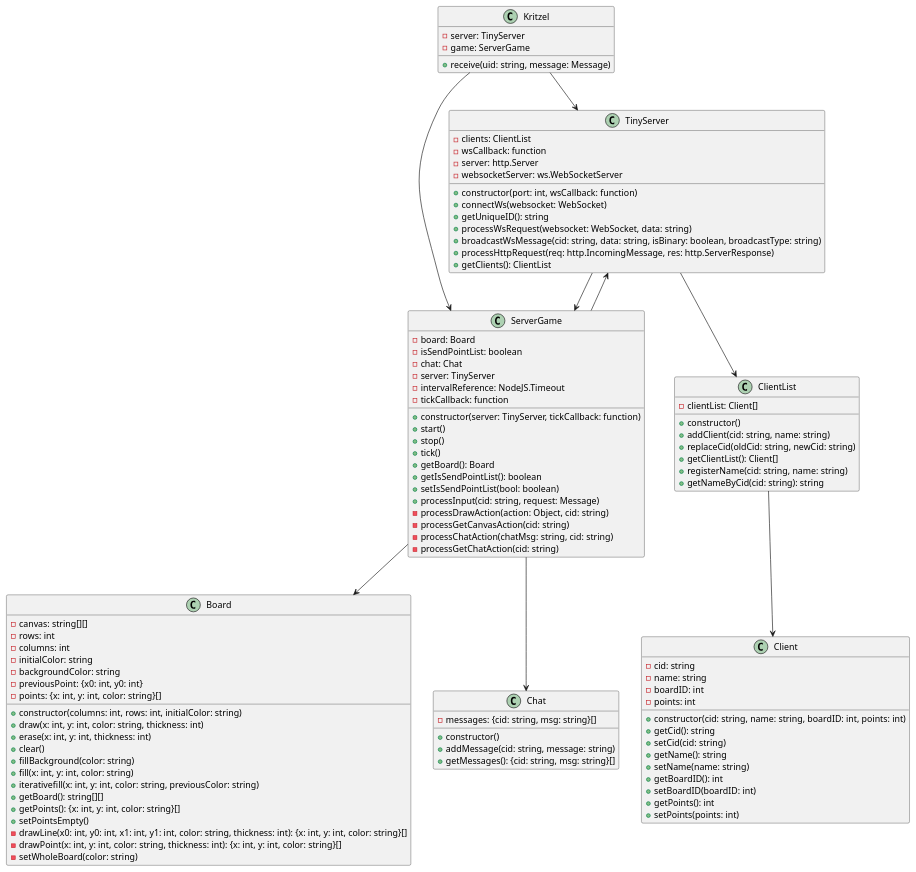
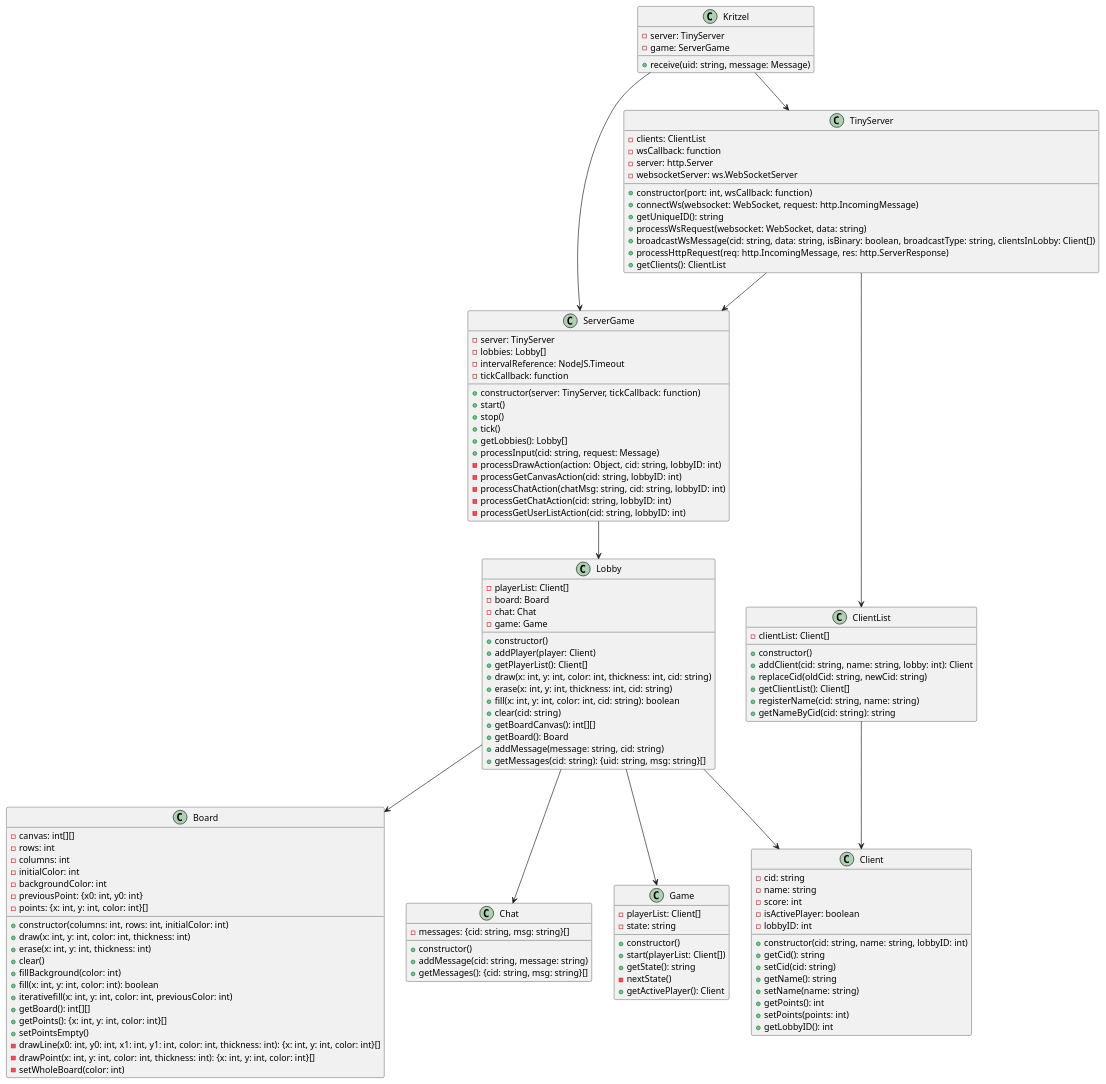
The diagram in docs/UML Diagramme/CDBackend.wsd (mhdbaselar/Kritzel), drawn with PlantUML before and after one commit.

Commit message:
Klassendiagramm Backend angepasst

```diff
--- a/docs/UML Diagramme/CDBackend.wsd
+++ b/docs/UML Diagramme/CDBackend.wsd
@@ -1,108 +1,135 @@
 @startuml CDBackend
 class Kritzel {
     - server: TinyServer
     - game: ServerGame
     + receive(uid: string, message: Message)
+}
 
-}
 class TinyServer {
     - clients: ClientList
     - wsCallback: function
     - server: http.Server
     - websocketServer: ws.WebSocketServer
     + constructor(port: int, wsCallback: function)
-    + connectWs(websocket: WebSocket)
+    + connectWs(websocket: WebSocket, request: http.IncomingMessage)
     + getUniqueID(): string
     + processWsRequest(websocket: WebSocket, data: string)
-    + broadcastWsMessage(cid: string, data: string, isBinary: boolean, broadcastType: string)
+    + broadcastWsMessage(cid: string, data: string, isBinary: boolean, broadcastType: string, clientsInLobby: Client[])
     + processHttpRequest(req: http.IncomingMessage, res: http.ServerResponse)
     + getClients(): ClientList
 }
 
 class ServerGame {
-    - board: Board
-    - isSendPointList: boolean
-    - chat: Chat
     - server: TinyServer
+    - lobbies: Lobby[]
     - intervalReference: NodeJS.Timeout
     - tickCallback: function
     + constructor(server: TinyServer, tickCallback: function)
     + start()
     + stop()
     + tick()
+    + getLobbies(): Lobby[]
+    + processInput(cid: string, request: Message)
+    - processDrawAction(action: Object, cid: string, lobbyID: int)
+    - processGetCanvasAction(cid: string, lobbyID: int)
+    - processChatAction(chatMsg: string, cid: string, lobbyID: int)
+    - processGetChatAction(cid: string, lobbyID: int)
+    - processGetUserListAction(cid: string, lobbyID: int)
+}
+
+class Lobby {
+    - playerList: Client[]
+    - board: Board
+    - chat: Chat
+    - game: Game
+    + constructor()
+    + addPlayer(player: Client)
+    + getPlayerList(): Client[]
+    + draw(x: int, y: int, color: int, thickness: int, cid: string)
+    + erase(x: int, y: int, thickness: int, cid: string)
+    + fill(x: int, y: int, color: int, cid: string): boolean
+    + clear(cid: string)
+    + getBoardCanvas(): int[][]
     + getBoard(): Board
-    + getIsSendPointList(): boolean
-    + setIsSendPointList(bool: boolean)
-    + processInput(cid: string, request: Message)
-    - processDrawAction(action: Object, cid: string)
-    - processGetCanvasAction(cid: string)
-    - processChatAction(chatMsg: string, cid: string)
-    - processGetChatAction(cid: string)
+    + addMessage(message: string, cid: string)
+    + getMessages(cid: string): {uid: string, msg: string}[]
+}
+
+class Board {
+    - canvas: int[][]
+    - rows: int
+    - columns: int
+    - initialColor: int
+    - backgroundColor: int
+    - previousPoint: {x0: int, y0: int}
+    - points: {x: int, y: int, color: int}[]
+    + constructor(columns: int, rows: int, initialColor: int)
+    + draw(x: int, y: int, color: int, thickness: int)
+    + erase(x: int, y: int, thickness: int)
+    + clear()
+    + fillBackground(color: int)
+    + fill(x: int, y: int, color: int): boolean
+    + iterativefill(x: int, y: int, color: int, previousColor: int)
+    + getBoard(): int[][]
+    + getPoints(): {x: int, y: int, color: int}[]
+    + setPointsEmpty()
+    - drawLine(x0: int, y0: int, x1: int, y1: int, color: int, thickness: int): {x: int, y: int, color: int}[]
+    - drawPoint(x: int, y: int, color: int, thickness: int): {x: int, y: int, color: int}[]
+    - setWholeBoard(color: int)
+}
+
+class Chat {
+    - messages: {cid: string, msg: string}[]
+    + constructor()
+    + addMessage(cid: string, message: string)
+    + getMessages(): {cid: string, msg: string}[]
 }
 
 class ClientList {
     - clientList: Client[]
     + constructor()
-    + addClient(cid: string, name: string)
+    + addClient(cid: string, name: string, lobby: int): Client
     + replaceCid(oldCid: string, newCid: string)
     + getClientList(): Client[]
     + registerName(cid: string, name: string)
     + getNameByCid(cid: string): string
 }
 
 class Client {
     - cid: string
     - name: string
-    - boardID: int
-    - points: int
-    + constructor(cid: string, name: string, boardID: int, points: int)
+    - score: int
+    - isActivePlayer: boolean
+    - lobbyID: int
+    + constructor(cid: string, name: string, lobbyID: int)
     + getCid(): string
     + setCid(cid: string)
     + getName(): string
     + setName(name: string)
-    + getBoardID(): int
-    + setBoardID(boardID: int)
     + getPoints(): int
     + setPoints(points: int)
+    + getLobbyID(): int
 }
 
-class Board {
-    - canvas: string[][]
-    - rows: int
-    - columns: int
-    - initialColor: string
-    - backgroundColor: string
-    - previousPoint: {x0: int, y0: int}
-    - points: {x: int, y: int, color: string}[]
-    + constructor(columns: int, rows: int, initialColor: string)
-    + draw(x: int, y: int, color: string, thickness: int)
-    + erase(x: int, y: int, thickness: int)
-    + clear()
-    + fillBackground(color: string)
-    + fill(x: int, y: int, color: string)
-    + iterativefill(x: int, y: int, color: string, previousColor: string)
-    + getBoard(): string[][]
-    + getPoints(): {x: int, y: int, color: string}[]
-    + setPointsEmpty()
-    - drawLine(x0: int, y0: int, x1: int, y1: int, color: string, thickness: int): {x: int, y: int, color: string}[]
-    - drawPoint(x: int, y: int, color: string, thickness: int): {x: int, y: int, color: string}[]
-    - setWholeBoard(color: string)
-}
-
-class Chat {
-    - messages: {cid: string, msg: string}[]
+class Game {
+    - playerList: Client[]
+    - state: string
     + constructor()
-    + addMessage(cid: string, message: string)
-    + getMessages(): {cid: string, msg: string}[]
+    + start(playerList: Client[])
+    + getState(): string
+    - nextState()
+    + getActivePlayer(): Client
 }
 
 Kritzel --> TinyServer
 Kritzel --> ServerGame
 TinyServer --> ClientList
 TinyServer --> ServerGame
-ServerGame --> Board
-ServerGame --> Chat
-ServerGame --> TinyServer
+ServerGame --> Lobby
+Lobby --> Board
+Lobby --> Chat
+Lobby --> Game
+Lobby --> Client
 ClientList --> Client
 
 @enduml
```
